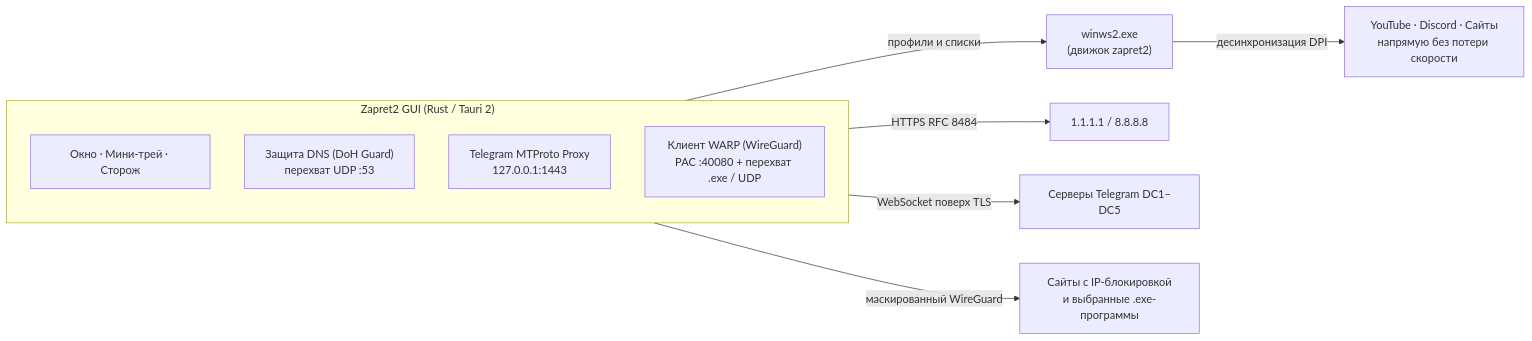
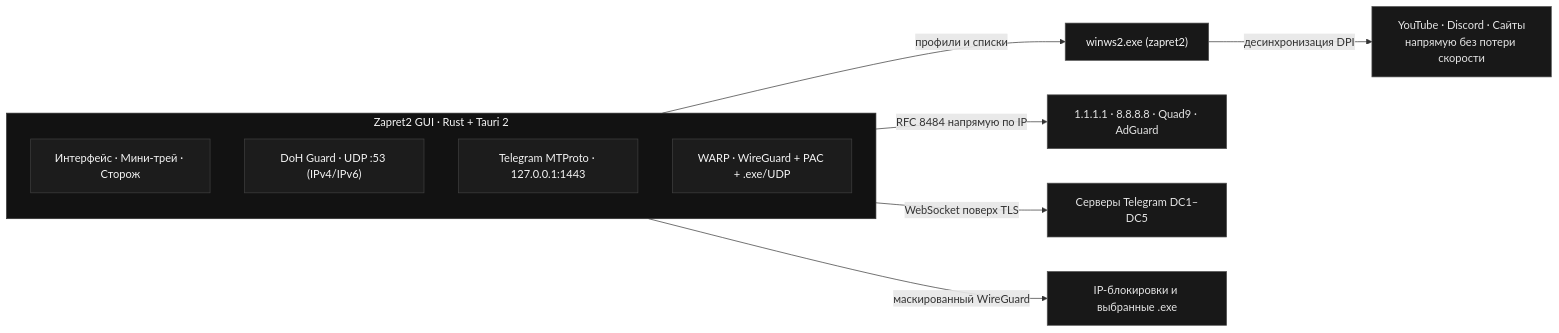
The diagram in README.md (raiyaxkrash/zapret2-rust), drawn with Mermaid before and after one commit. The commit also changed other lines of this file and 15 other files, not shown here.

````diff
--- a/README.md
+++ b/README.md
@@ -158,16 +183,27 @@
 ```mermaid
 flowchart LR
-    subgraph App["Zapret2 GUI (Rust / Tauri 2)"]
+    subgraph App["Zapret2 GUI · Rust + Tauri 2"]
         direction TB
-        UI["Окно · Мини-трей · Сторож"]
-        DOH["Защита DNS (DoH Guard)<br/>перехват UDP :53"]
-        TG["Telegram MTProto Proxy<br/>127.0.0.1:1443"]
-        WARP["Клиент WARP (WireGuard)<br/>PAC :40080 + перехват .exe / UDP"]
+        UI["Интерфейс · Мини-трей · Сторож"]
+        DOH["DoH Guard · UDP :53 (IPv4/IPv6)"]
+        TG["Telegram MTProto · 127.0.0.1:1443"]
+        WARP["WARP · WireGuard + PAC + .exe/UDP"]
     end
 
-    UI -->|профили и списки| WINWS["winws2.exe<br/>(движок zapret2)"]
-    DOH -->|HTTPS RFC 8484| CF_DNS["1.1.1.1 / 8.8.8.8"]
+    UI -->|профили и списки| WINWS["winws2.exe (zapret2)"]
+    DOH -->|RFC 8484 напрямую по IP| CF_DNS["1.1.1.1 · 8.8.8.8 · Quad9 · AdGuard"]
     WINWS -->|десинхронизация DPI| DIRECT["YouTube · Discord · Сайты<br/>напрямую без потери скорости"]
     TG -->|WebSocket поверх TLS| TG_DC["Серверы Telegram DC1–DC5"]
-    WARP -->|маскированный WireGuard| BLOCKED["Сайты с IP-блокировкой<br/>и выбранные .exe-программы"]
+    WARP -->|маскированный WireGuard| BLOCKED["IP-блокировки и выбранные .exe"]
+
+    style App fill:#121212,stroke:#333333,color:#f5f5f5
+    style UI fill:#1c1c1c,stroke:#404040,color:#f5f5f5
+    style DOH fill:#1c1c1c,stroke:#404040,color:#f5f5f5
+    style TG fill:#1c1c1c,stroke:#404040,color:#f5f5f5
+    style WARP fill:#1c1c1c,stroke:#404040,color:#f5f5f5
+    style WINWS fill:#181818,stroke:#525252,color:#f5f5f5
+    style CF_DNS fill:#181818,stroke:#525252,color:#e5e5e5
+    style DIRECT fill:#181818,stroke:#525252,color:#e5e5e5
+    style TG_DC fill:#181818,stroke:#525252,color:#e5e5e5
+    style BLOCKED fill:#181818,stroke:#525252,color:#e5e5e5
 ```
````
